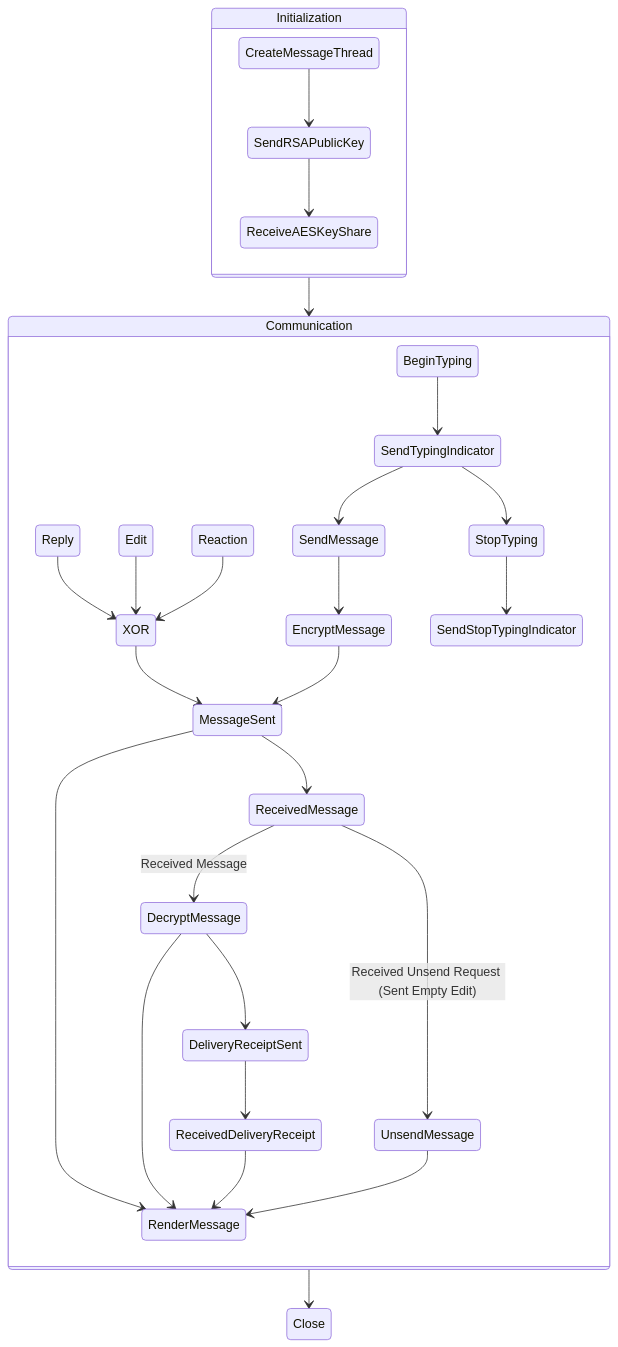
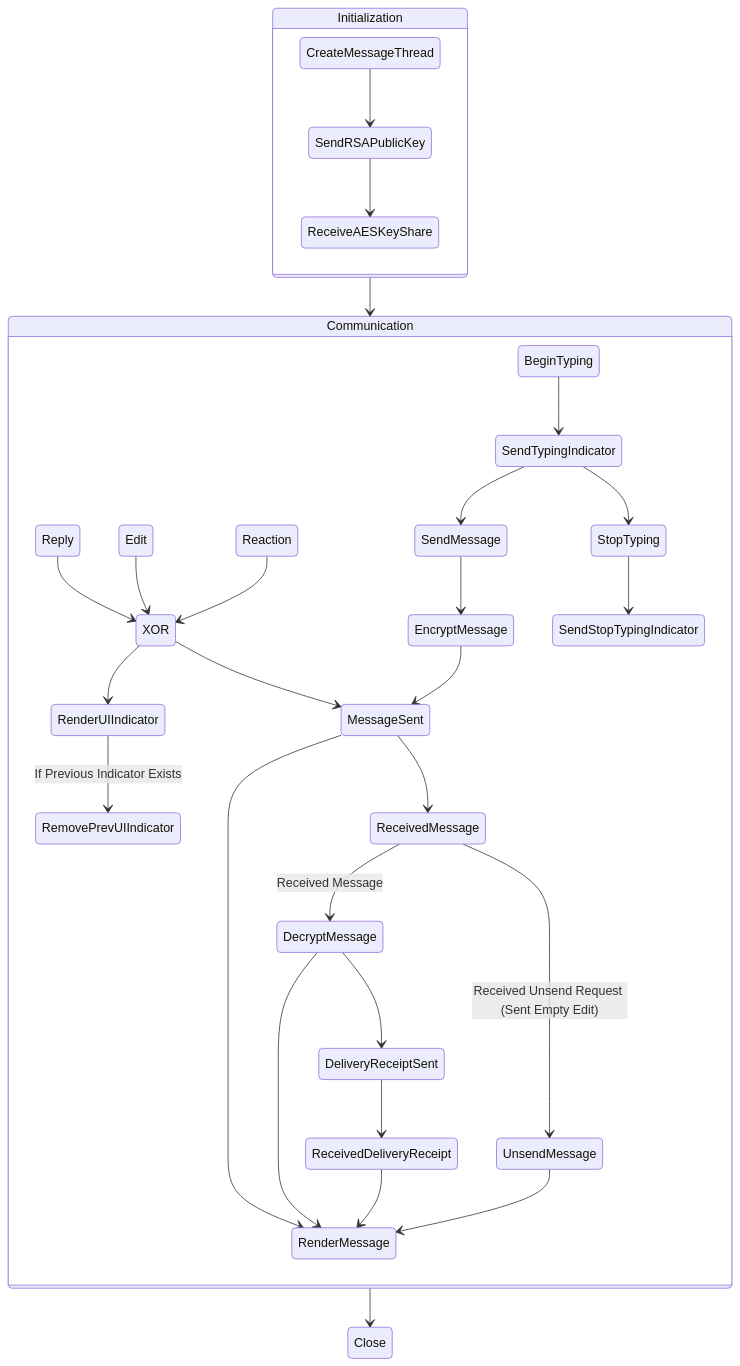
The fourth of 4 diagrams in 4+1.md (xXCrash2BomberXx/TinyChat), drawn with Mermaid before and after one commit.

````diff
--- a/4+1.md
+++ b/4+1.md
@@ -104,30 +104,32 @@
 ```mermaid
 stateDiagram
   state Initialization {
     CreateMessageThread --> SendRSAPublicKey
     SendRSAPublicKey --> ReceiveAESKeyShare
   }
   state Communication {
     Reply --> XOR
     Edit --> XOR
     Reaction --> XOR
+    XOR --> RenderUIIndicator
+    RenderUIIndicator --> RemovePrevUIIndicator: If Previous Indicator Exists
     XOR --> MessageSent
     BeginTyping --> SendTypingIndicator
     SendTypingIndicator --> SendMessage
     SendMessage --> EncryptMessage
     EncryptMessage --> MessageSent
     MessageSent --> ReceivedMessage
     ReceivedMessage --> UnsendMessage: Received Unsend Request (Sent Empty Edit)
     ReceivedMessage --> DecryptMessage: Received Message
     DecryptMessage --> DeliveryReceiptSent
     DeliveryReceiptSent --> ReceivedDeliveryReceipt
     SendTypingIndicator --> StopTyping
     StopTyping --> SendStopTypingIndicator
     MessageSent --> RenderMessage
     DecryptMessage --> RenderMessage
     ReceivedDeliveryReceipt --> RenderMessage
     UnsendMessage --> RenderMessage
   }
   Initialization --> Communication
   Communication --> Close
 ```
````
